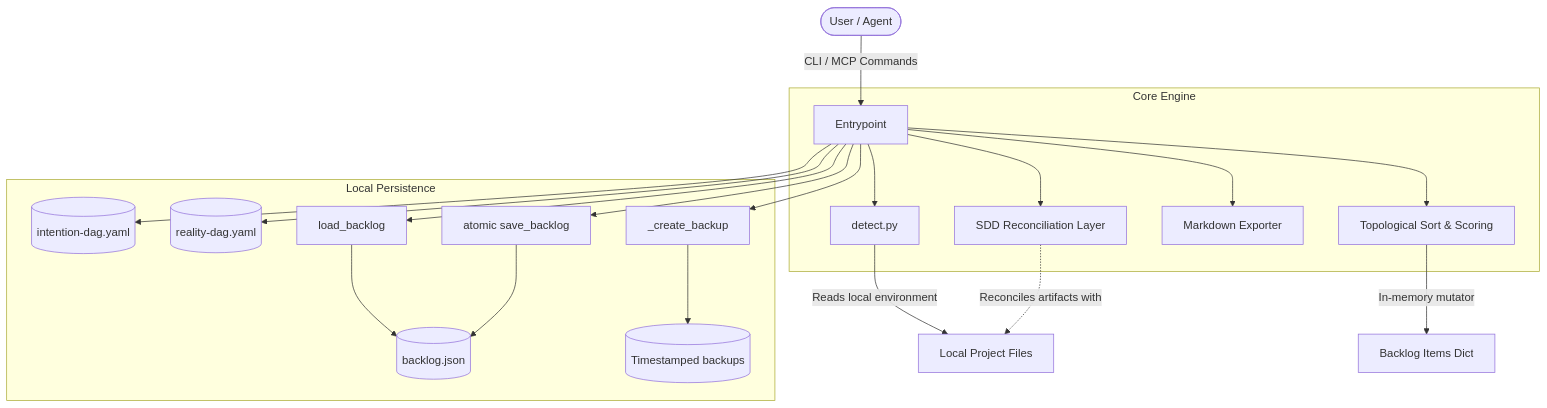
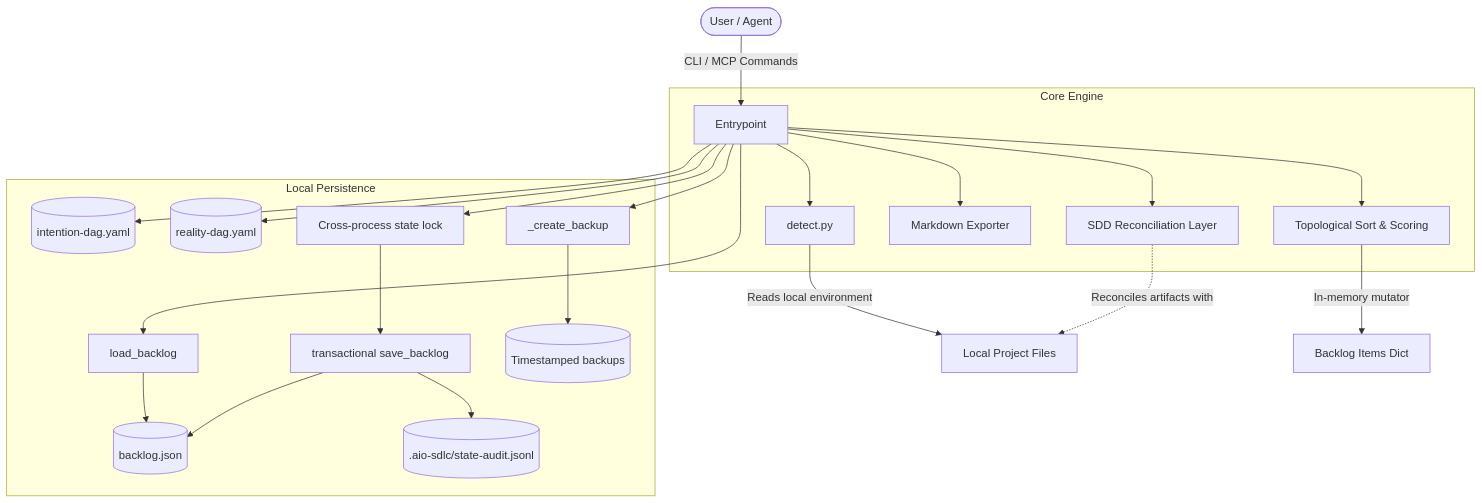
One commit to aegolius-labs/aio-agentic-sdlc changed the diagram in doc/architecture.md. Above: the diagram before and after it, drawn with Mermaid. The commit also changed other lines of this file and 13 other files, not shown here.

Commit message:
feat(state): add versioned transactional backlog

````diff
--- a/doc/architecture.md
+++ b/doc/architecture.md
@@ -11,26 +11,28 @@
 ```mermaid
 graph TD
     User([User / Agent]) -->|CLI / MCP Commands| CLI[Entrypoint]
     
     subgraph Core Engine
         CLI --> Detect[detect.py]
         CLI --> Sort[Topological Sort & Scoring]
         CLI --> Export[Markdown Exporter]
         CLI --> SDDRecon[SDD Reconciliation Layer]
     end
     
     subgraph Local Persistence
         CLI --> Intent[(intention-dag.yaml)]
         CLI --> Reality[(reality-dag.yaml)]
         CLI --> ReadJSON[load_backlog]
         ReadJSON --> FileDB[(backlog.json)]
-        CLI --> WriteJSON[atomic save_backlog]
+        CLI --> Lock[Cross-process state lock]
+        Lock --> WriteJSON[transactional save_backlog]
         WriteJSON --> FileDB
+        WriteJSON --> Audit[(.aio-sdlc/state-audit.jsonl)]
         CLI --> BackupManager[_create_backup]
         BackupManager --> BackupFiles[(Timestamped backups)]
     end
 
     Detect -->|Reads local environment| Workspace[Local Project Files]
     SDDRecon -.->|Reconciles artifacts with| Workspace
     Sort -->|In-memory mutator| Items[Backlog Items Dict]
 ```
````
